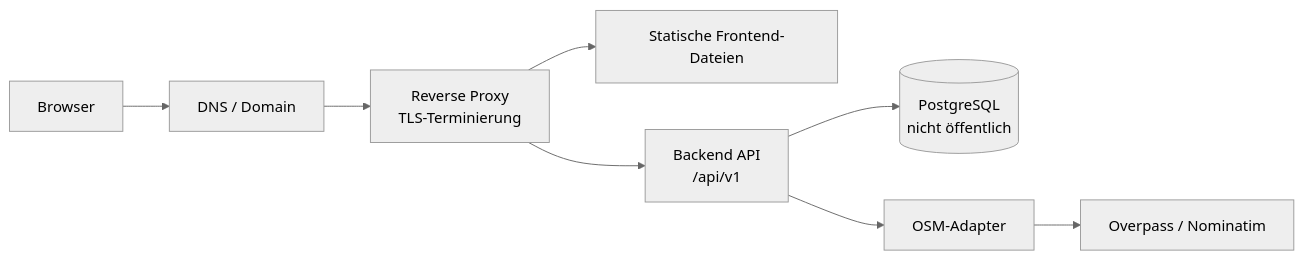
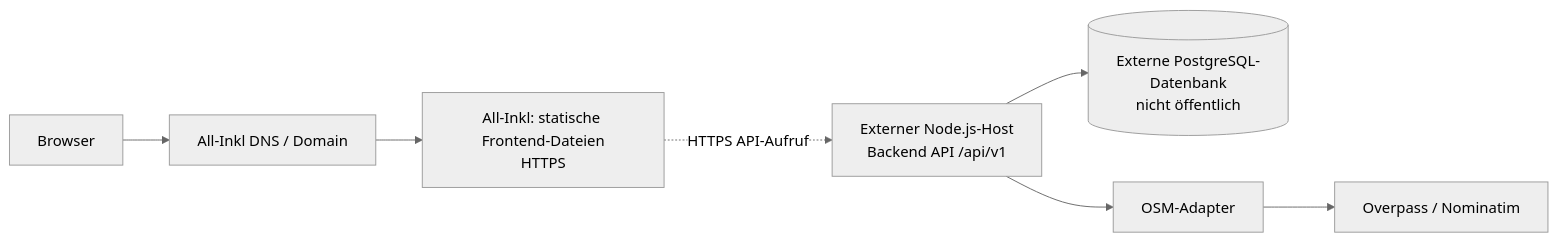
Before and after one commit to ahil-trq/thm_wk-1106_food-mood: the diagram in docs/arch/diagrams/deployment.mmd, drawn with Mermaid (neutral theme). The commit also changed 33 other files, not shown here.

Commit message:
dev: First Commit Front- and Backend

```diff
--- a/docs/arch/diagrams/deployment.mmd
+++ b/docs/arch/diagrams/deployment.mmd
@@ -1,15 +1,13 @@
 flowchart LR
     BROWSER[Browser]
-    DOMAIN[DNS / Domain]
-    PROXY[Reverse Proxy<br/>TLS-Terminierung]
-    FRONT[Statische Frontend-Dateien]
-    API[Backend API<br/>/api/v1]
-    DB[(PostgreSQL<br/>nicht öffentlich)]
+    DOMAIN[All-Inkl DNS / Domain]
+    FRONT[All-Inkl: statische Frontend-Dateien<br/>HTTPS]
+    API[Externer Node.js-Host<br/>Backend API /api/v1]
+    DB[(Externe PostgreSQL-Datenbank<br/>nicht öffentlich)]
     ADAPTER[OSM-Adapter]
     OSM[Overpass / Nominatim]
 
-    BROWSER --> DOMAIN --> PROXY
-    PROXY --> FRONT
-    PROXY --> API
+    BROWSER --> DOMAIN --> FRONT
+    FRONT -.HTTPS API-Aufruf.-> API
     API --> DB
     API --> ADAPTER --> OSM
```
